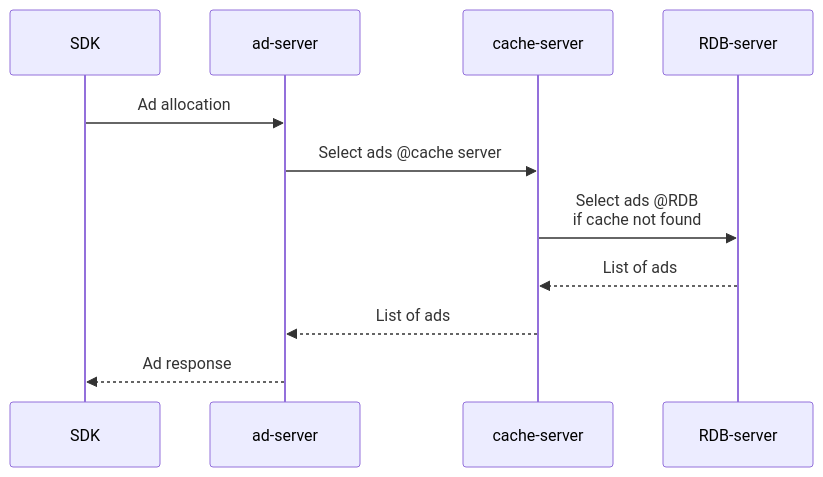
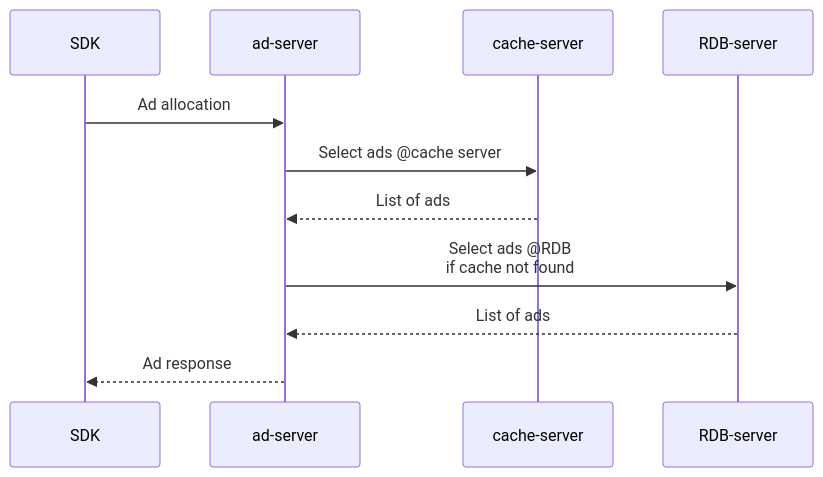
One commit to DongWon-Sehr/ad-decision-server changed the first of 3 diagrams in README.md. Above: the diagram before and after it, drawn with Mermaid.

Commit message:
fix ad response logic

````diff
--- a/README.md
+++ b/README.md
@@ -36,15 +36,15 @@
 ```mermaid
 sequenceDiagram
 Actor client
 participant client as SDK
 participant server as ad-server
 participant redis as cache-server
 participant mysql as RDB-server
 
 client->>server: Ad allocation
 server->>redis: Select ads @cache server
-redis->>mysql: Select ads @RDB <br>if cache not found
-mysql-->>redis: List of ads
 redis-->>server: List of ads
+server->>mysql: Select ads @RDB <br>if cache not found
+mysql-->>server: List of ads
 server-->>client: Ad response
 ```
````
